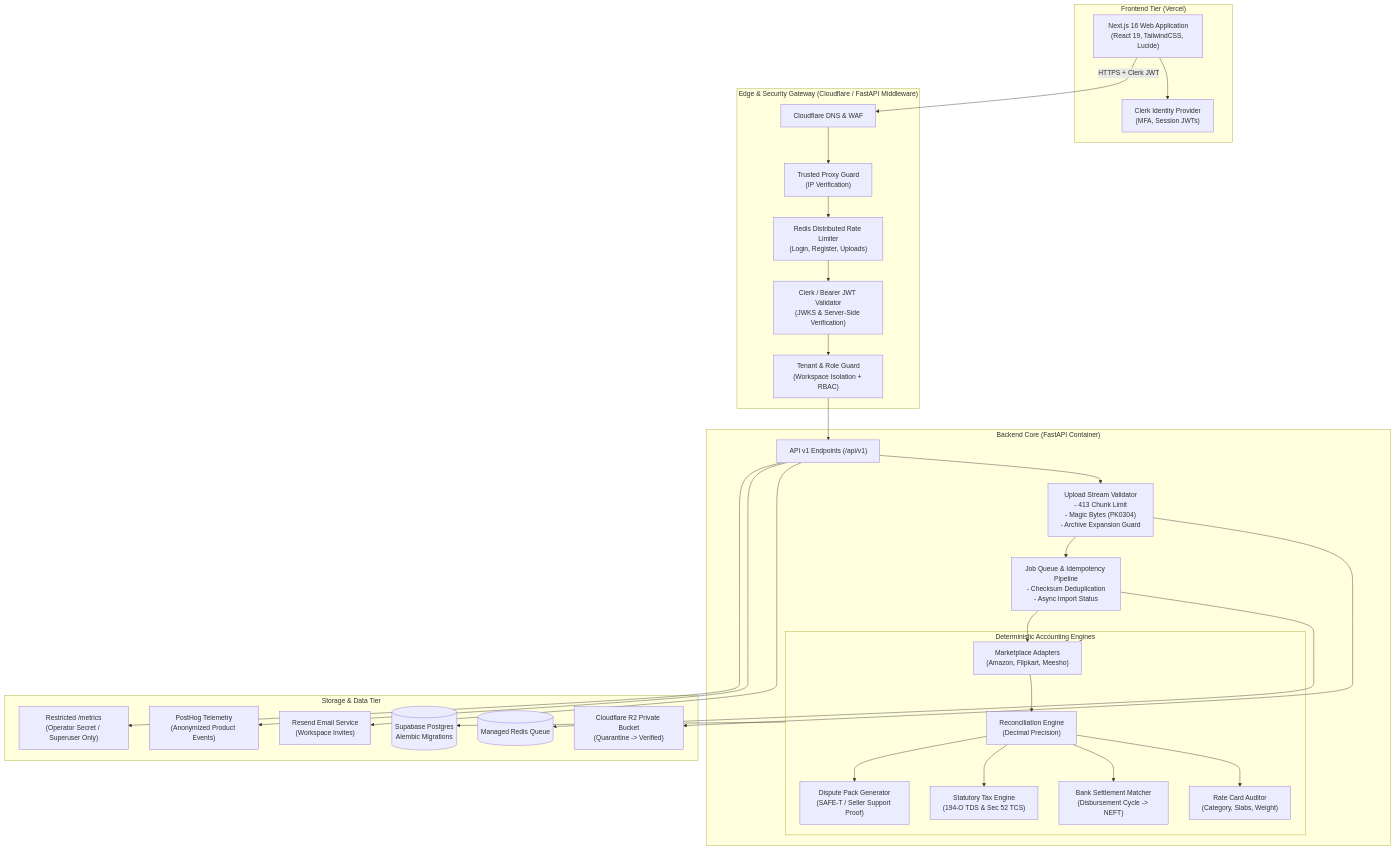
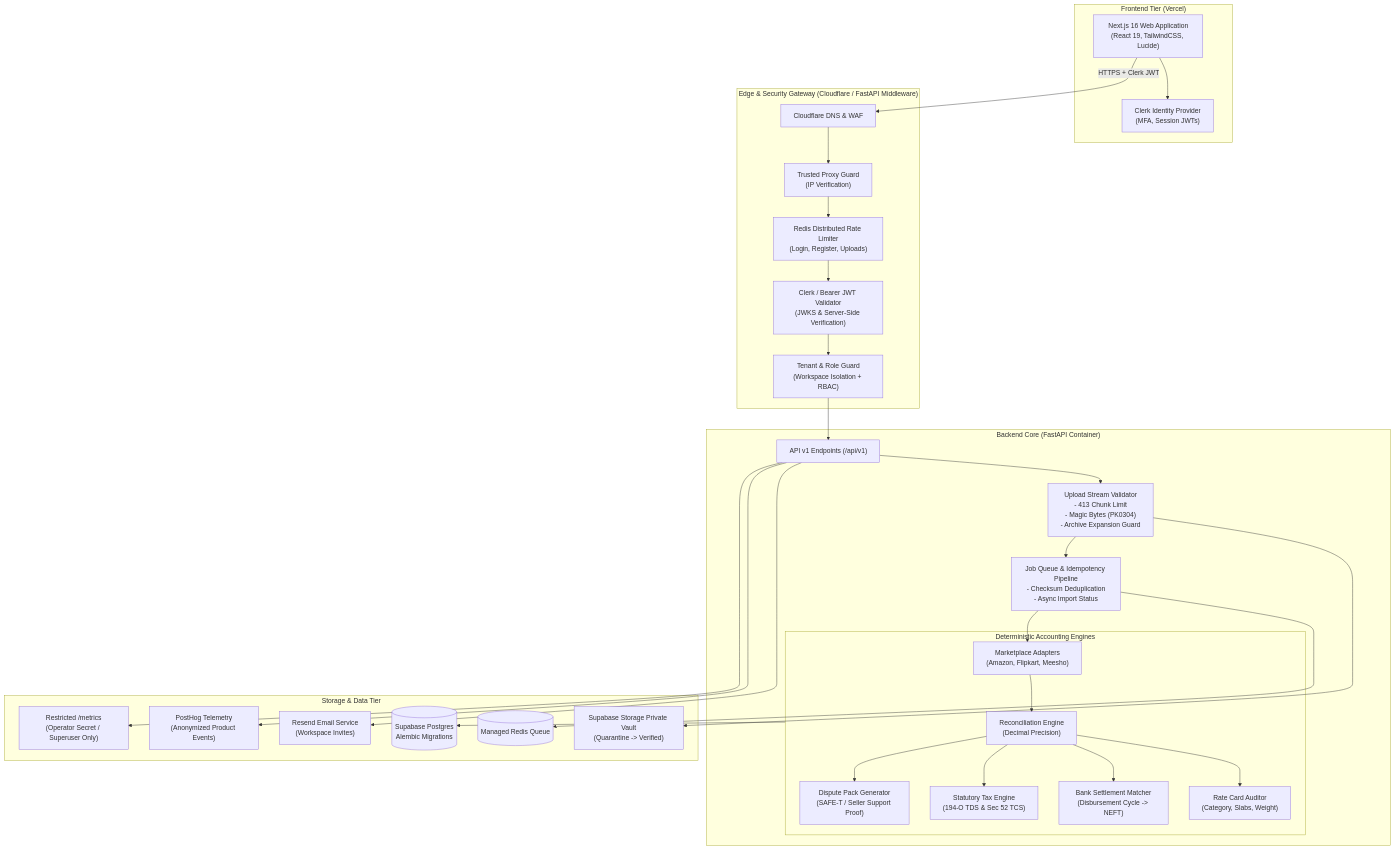
The diagram in docs/ARCHITECTURE.md (techmuthal-cloud/SaaS), drawn with Mermaid before and after one commit. The commit also changed other lines of this file, not shown here.

Commit message:
docs: update storage architecture to Supabase Storage private vault

````diff
--- a/docs/ARCHITECTURE.md
+++ b/docs/ARCHITECTURE.md
@@ -37,57 +37,57 @@
 ```mermaid
 flowchart TD
     subgraph ClientLayer["Frontend Tier (Vercel)"]
         UI["Next.js 16 Web Application\n(React 19, TailwindCSS, Lucide)"]
         ClerkUI["Clerk Identity Provider\n(MFA, Session JWTs)"]
     end
 
     subgraph EdgeLayer["Edge & Security Gateway (Cloudflare / FastAPI Middleware)"]
         WAF["Cloudflare DNS & WAF"]
         TrustedProxy["Trusted Proxy Guard\n(IP Verification)"]
         RedisLimiter["Redis Distributed Rate Limiter\n(Login, Register, Uploads)"]
         AuthFilter["Clerk / Bearer JWT Validator\n(JWKS & Server-Side Verification)"]
         TenantGuard["Tenant & Role Guard\n(Workspace Isolation + RBAC)"]
     end
 
     subgraph BackendAPI["Backend Core (FastAPI Container)"]
         Router["API v1 Endpoints (/api/v1)"]
         UploadQuarantine["Upload Stream Validator\n- 413 Chunk Limit\n- Magic Bytes (PK0304)\n- Archive Expansion Guard"]
         JobService["Job Queue & Idempotency Pipeline\n- Checksum Deduplication\n- Async Import Status"]
         
         subgraph DomainEngines["Deterministic Accounting Engines"]
             Adapters["Marketplace Adapters\n(Amazon, Flipkart, Meesho)"]
             ReconEngine["Reconciliation Engine\n(Decimal Precision)"]
             RateCardSvc["Rate Card Auditor\n(Category, Slabs, Weight)"]
             BankRecon["Bank Settlement Matcher\n(Disbursement Cycle -> NEFT)"]
             TaxSvc["Statutory Tax Engine\n(194-O TDS & Sec 52 TCS)"]
             DisputeSvc["Dispute Pack Generator\n(SAFE-T / Seller Support Proof)"]
         end
     end
 
     subgraph PersistenceLayer["Storage & Data Tier"]
         DB[(Supabase Postgres\nAlembic Migrations)]
-        R2Storage["Cloudflare R2 Private Bucket\n(Quarantine -> Verified)"]
+        R2Storage["Supabase Storage Private Vault\n(Quarantine -> Verified)"]
         Redis[(Managed Redis Queue)]
         ResendSvc["Resend Email Service\n(Workspace Invites)"]
         PostHogSvc["PostHog Telemetry\n(Anonymized Product Events)"]
         MetricsRoute["Restricted /metrics\n(Operator Secret / Superuser Only)"]
     end
 
     UI --> ClerkUI
     UI -->|HTTPS + Clerk JWT| WAF
     WAF --> TrustedProxy --> RedisLimiter --> AuthFilter --> TenantGuard --> Router
     Router --> UploadQuarantine
     UploadQuarantine --> R2Storage
     UploadQuarantine --> JobService
     JobService --> Redis
     JobService --> Adapters
     Adapters --> ReconEngine
     ReconEngine --> RateCardSvc
     ReconEngine --> BankRecon
     ReconEngine --> TaxSvc
     ReconEngine --> DisputeSvc
     DomainEngines --> DB
     Router --> ResendSvc
     Router --> PostHogSvc
     Router --> MetricsRoute
 ```
````
